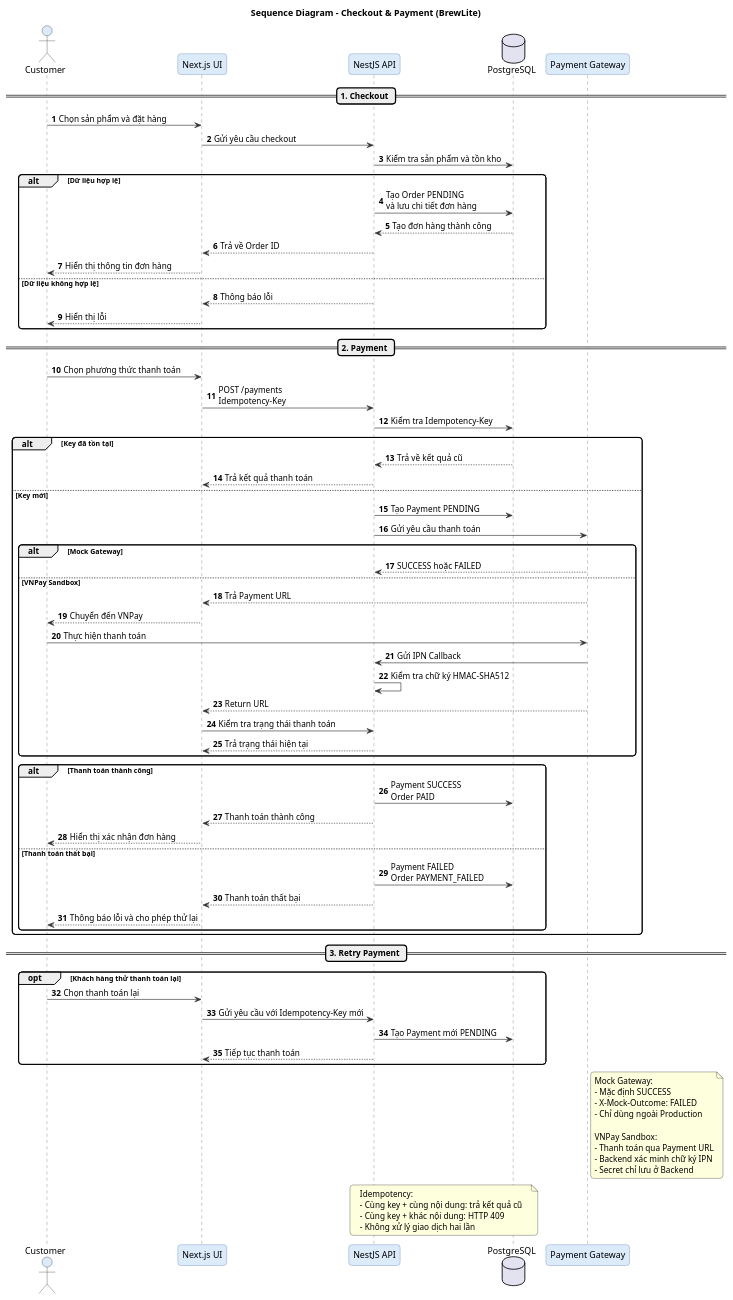
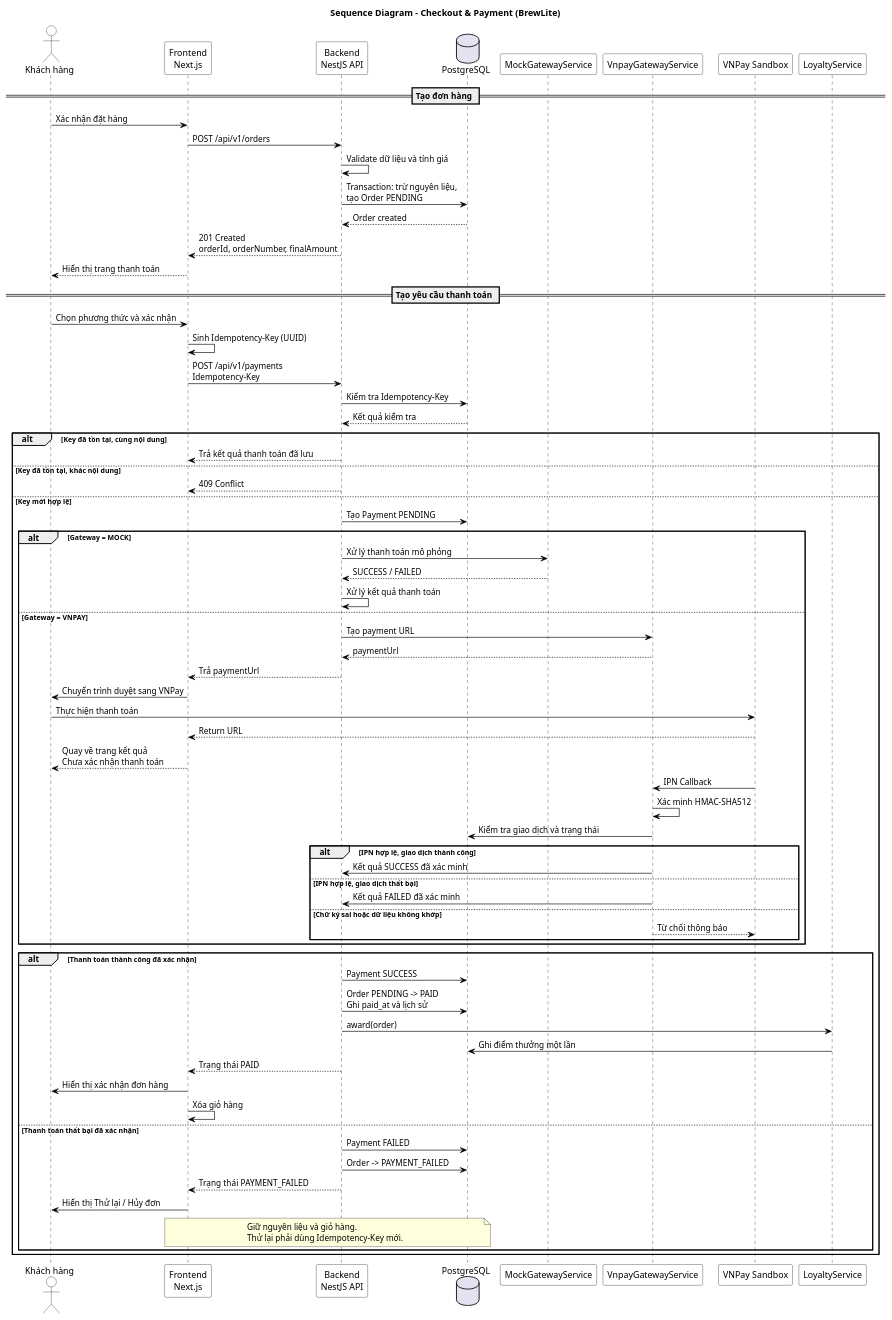
One commit to ChienPM-27/BrewLite_assignment2 changed the diagram in docs/diagrams/sequence-checkout.puml. Above: the diagram before and after it, drawn with PlantUML. The commit also changed 7 other files, not shown here.

Commit message:
docs(payment): update test and deployment-production payment

```diff
--- a/docs/diagrams/sequence-checkout.puml
+++ b/docs/diagrams/sequence-checkout.puml
@@ -2,105 +2,97 @@
-@startuml
+@startuml sequence-checkout
 title Sequence Diagram - Checkout & Payment (BrewLite)
 
-skinparam backgroundColor white
 skinparam shadowing false
+skinparam defaultFontName Arial
 skinparam sequence {
-    ActorBackgroundColor #DCEBFA
-    ParticipantBackgroundColor #DCEBFA
-    LifeLineBorderColor #555555
-    LifeLineBackgroundColor white
-    ArrowColor #333333
-    ParticipantBorderColor #4A6FA5
+    ArrowColor black
+    LifeLineBorderColor black
+    ParticipantBorderColor black
+    ParticipantBackgroundColor white
+    ActorBorderColor black
+    ActorBackgroundColor white
 }
-skinparam roundcorner 10
-autonumber
 
-actor Customer as C
-participant "Next.js UI" as UI
-participant "NestJS API" as API
+actor "Khách hàng" as Customer
+participant "Frontend\nNext.js" as FE
+participant "Backend\nNestJS API" as BE
 database "PostgreSQL" as DB
-participant "Payment Gateway" as GW
+participant "MockGatewayService" as Mock
+participant "VnpayGatewayService" as Vnpay
+participant "VNPay Sandbox" as VNPay
+participant "LoyaltyService" as Loyalty
 
-== 1. Checkout ==
+== Tạo đơn hàng ==
 
-C -> UI : Chọn sản phẩm và đặt hàng
-UI -> API : Gửi yêu cầu checkout
-API -> DB : Kiểm tra sản phẩm và tồn kho
+Customer -> FE: Xác nhận đặt hàng
+FE -> BE: POST /api/v1/orders
+BE -> BE: Validate dữ liệu và tính giá
+BE -> DB: Transaction: trừ nguyên liệu,\ntạo Order PENDING
+DB --> BE: Order created
+BE --> FE: 201 Created\norderId, orderNumber, finalAmount
+FE --> Customer: Hiển thị trang thanh toán
 
-alt Dữ liệu hợp lệ
-    API -> DB : Tạo Order PENDING\nvà lưu chi tiết đơn hàng
-    DB --> API : Tạo đơn hàng thành công
-    API --> UI : Trả về Order ID
-    UI --> C : Hiển thị thông tin đơn hàng
-else Dữ liệu không hợp lệ
-    API --> UI : Thông báo lỗi
-    UI --> C : Hiển thị lỗi
-end
+== Tạo yêu cầu thanh toán ==
 
-== 2. Payment ==
+Customer -> FE: Chọn phương thức và xác nhận
+FE -> FE: Sinh Idempotency-Key (UUID)
+FE -> BE: POST /api/v1/payments\nIdempotency-Key
 
-C -> UI : Chọn phương thức thanh toán
-UI -> API : POST /payments\nIdempotency-Key
+BE -> DB: Kiểm tra Idempotency-Key
+DB --> BE: Kết quả kiểm tra
 
-API -> DB : Kiểm tra Idempotency-Key
+alt Key đã tồn tại, cùng nội dung
+    BE --> FE: Trả kết quả thanh toán đã lưu
+else Key đã tồn tại, khác nội dung
+    BE --> FE: 409 Conflict
+else Key mới hợp lệ
+    BE -> DB: Tạo Payment PENDING
 
-alt Key đã tồn tại
-    DB --> API : Trả về kết quả cũ
-    API --> UI : Trả kết quả thanh toán
-else Key mới
-    API -> DB : Tạo Payment PENDING
-    API -> GW : Gửi yêu cầu thanh toán
+    alt Gateway = MOCK
+        BE -> Mock: Xử lý thanh toán mô phỏng
+        Mock --> BE: SUCCESS / FAILED
+        BE -> BE: Xử lý kết quả thanh toán
+    else Gateway = VNPAY
+        BE -> Vnpay: Tạo payment URL
+        Vnpay --> BE: paymentUrl
+        BE --> FE: Trả paymentUrl
+        FE -> Customer: Chuyển trình duyệt sang VNPay
+        Customer -> VNPay: Thực hiện thanh toán
 
-    alt Mock Gateway
-        GW --> API : SUCCESS hoặc FAILED
-    else VNPay Sandbox
-        GW --> UI : Trả Payment URL
-        UI --> C : Chuyển đến VNPay
-        C -> GW : Thực hiện thanh toán
-        GW -> API : Gửi IPN Callback
-        API -> API : Kiểm tra chữ ký HMAC-SHA512
-        GW --> UI : Return URL
-        UI -> API : Kiểm tra trạng thái thanh toán
-        API --> UI : Trả trạng thái hiện tại
+        VNPay --> FE: Return URL
+        FE --> Customer: Quay về trang kết quả\nChưa xác nhận thanh toán
+
+        VNPay -> Vnpay: IPN Callback
+        Vnpay -> Vnpay: Xác minh HMAC-SHA512
+        Vnpay -> DB: Kiểm tra giao dịch và trạng thái
+
+        alt IPN hợp lệ, giao dịch thành công
+            Vnpay -> BE: Kết quả SUCCESS đã xác minh
+        else IPN hợp lệ, giao dịch thất bại
+            Vnpay -> BE: Kết quả FAILED đã xác minh
+        else Chữ ký sai hoặc dữ liệu không khớp
+            Vnpay --> VNPay: Từ chối thông báo
+        end
     end
 
-    alt Thanh toán thành công
-        API -> DB : Payment SUCCESS\nOrder PAID
-        API --> UI : Thanh toán thành công
-        UI --> C : Hiển thị xác nhận đơn hàng
-    else Thanh toán thất bại
-        API -> DB : Payment FAILED\nOrder PAYMENT_FAILED
-        API --> UI : Thanh toán thất bại
-        UI --> C : Thông báo lỗi và cho phép thử lại
+    alt Thanh toán thành công đã xác nhận
+        BE -> DB: Payment SUCCESS
+        BE -> DB: Order PENDING -> PAID\nGhi paid_at và lịch sử
+        BE -> Loyalty: award(order)
+        Loyalty -> DB: Ghi điểm thưởng một lần
+        BE --> FE: Trạng thái PAID
+        FE -> Customer: Hiển thị xác nhận đơn hàng
+        FE -> FE: Xóa giỏ hàng
+    else Thanh toán thất bại đã xác nhận
+        BE -> DB: Payment FAILED
+        BE -> DB: Order -> PAYMENT_FAILED
+        BE --> FE: Trạng thái PAYMENT_FAILED
+        FE -> Customer: Hiển thị Thử lại / Hủy đơn
+        note over FE,DB
+            Giữ nguyên liệu và giỏ hàng.
+            Thử lại phải dùng Idempotency-Key mới.
+        end note
     end
 end
 
-== 3. Retry Payment ==
-
-opt Khách hàng thử thanh toán lại
-    C -> UI : Chọn thanh toán lại
-    UI -> API : Gửi yêu cầu với Idempotency-Key mới
-    API -> DB : Tạo Payment mới PENDING
-    API --> UI : Tiếp tục thanh toán
-end
-
-note right of GW
-    Mock Gateway:
-    - Mặc định SUCCESS
-    - X-Mock-Outcome: FAILED
-    - Chỉ dùng ngoài Production
-
-    VNPay Sandbox:
-    - Thanh toán qua Payment URL
-    - Backend xác minh chữ ký IPN
-    - Secret chỉ lưu ở Backend
-end note
-
-note over API, DB
-    Idempotency:
-    - Cùng key + cùng nội dung: trả kết quả cũ
-    - Cùng key + khác nội dung: HTTP 409
-    - Không xử lý giao dịch hai lần
-end note
-
 @enduml
```
